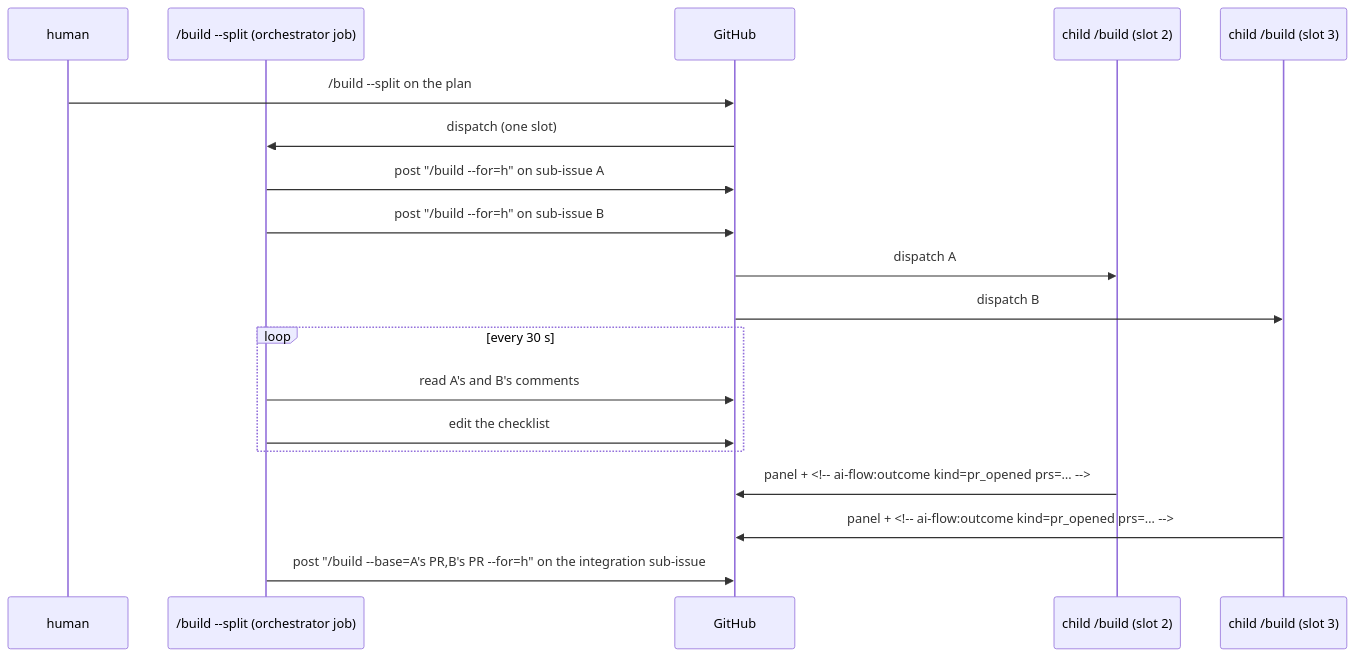
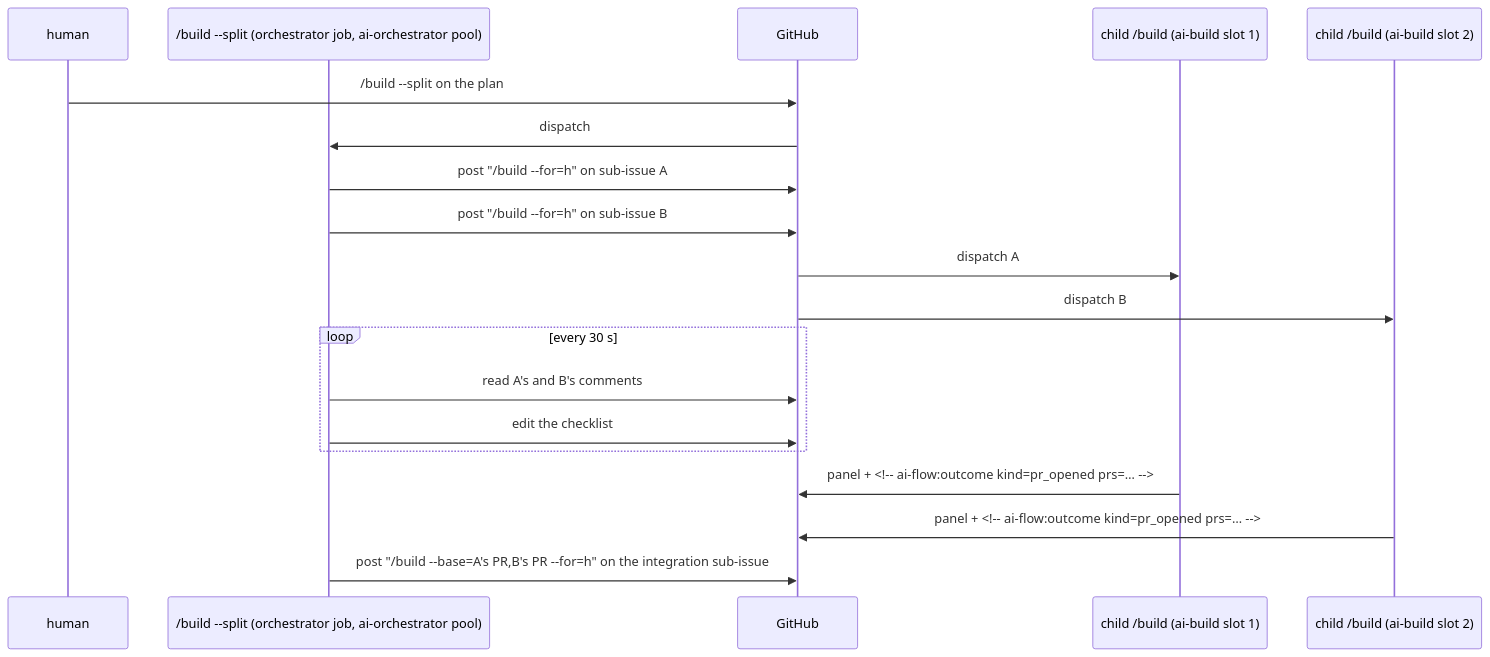
The sixth of 7 diagrams in docs/architecture.md (d3mlabs/ai-flow), drawn with Mermaid before and after one commit. The commit also changed other lines of this file and 2 other files, not shown here.

Commit message:
Docs: the orchestrator's home is the ai-orchestrator pool; the slots clause goes
Part of plans#54

````diff
--- a/docs/architecture.md
+++ b/docs/architecture.md
@@ -347,21 +352,21 @@
 ```mermaid
 sequenceDiagram
     participant H as human
-    participant O as /build --split (orchestrator job)
+    participant O as /build --split (orchestrator job, ai-orchestrator pool)
     participant GH as GitHub
-    participant C1 as child /build (slot 2)
-    participant C2 as child /build (slot 3)
+    participant C1 as child /build (ai-build slot 1)
+    participant C2 as child /build (ai-build slot 2)
     H->>GH: /build --split on the plan
-    GH->>O: dispatch (one slot)
+    GH->>O: dispatch
     O->>GH: post "/build --for=h" on sub-issue A
     O->>GH: post "/build --for=h" on sub-issue B
     GH->>C1: dispatch A
     GH->>C2: dispatch B
     loop every 30 s
         O->>GH: read A's and B's comments
         O->>GH: edit the checklist
     end
     C1->>GH: panel + <!-- ai-flow:outcome kind=pr_opened prs=… -->
     C2->>GH: panel + <!-- ai-flow:outcome kind=pr_opened prs=… -->
     O->>GH: post "/build --base=A's PR,B's PR --for=h" on the integration sub-issue
 ```
````
